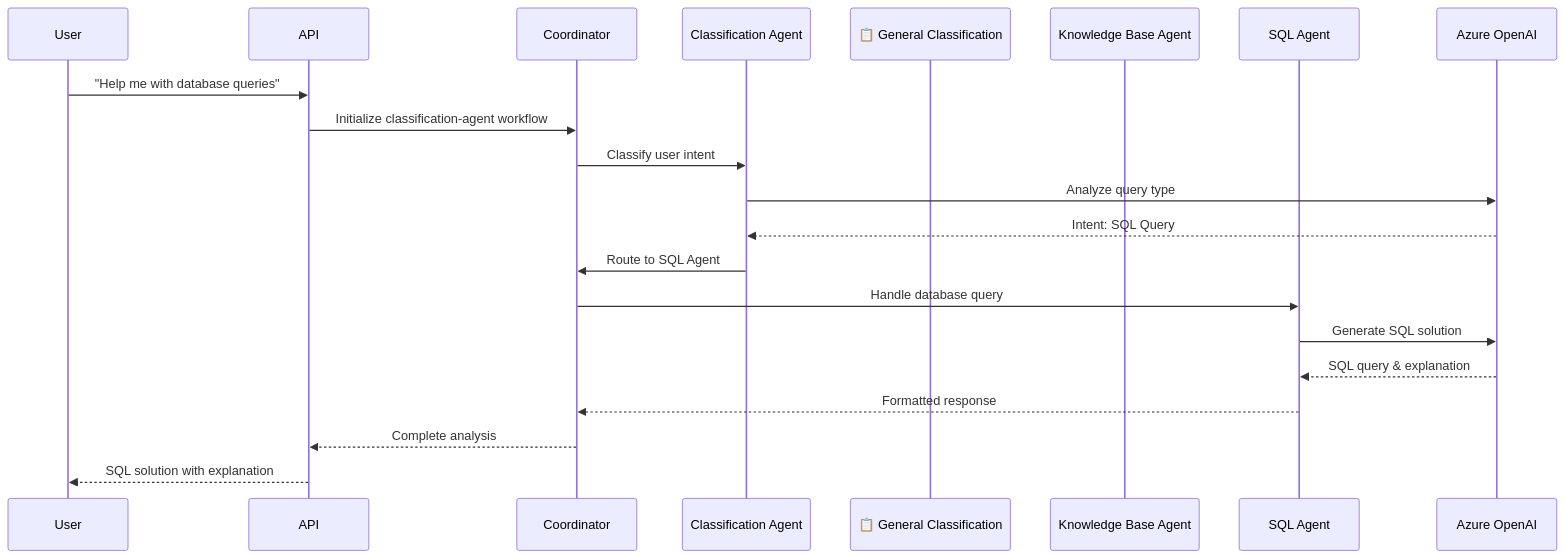
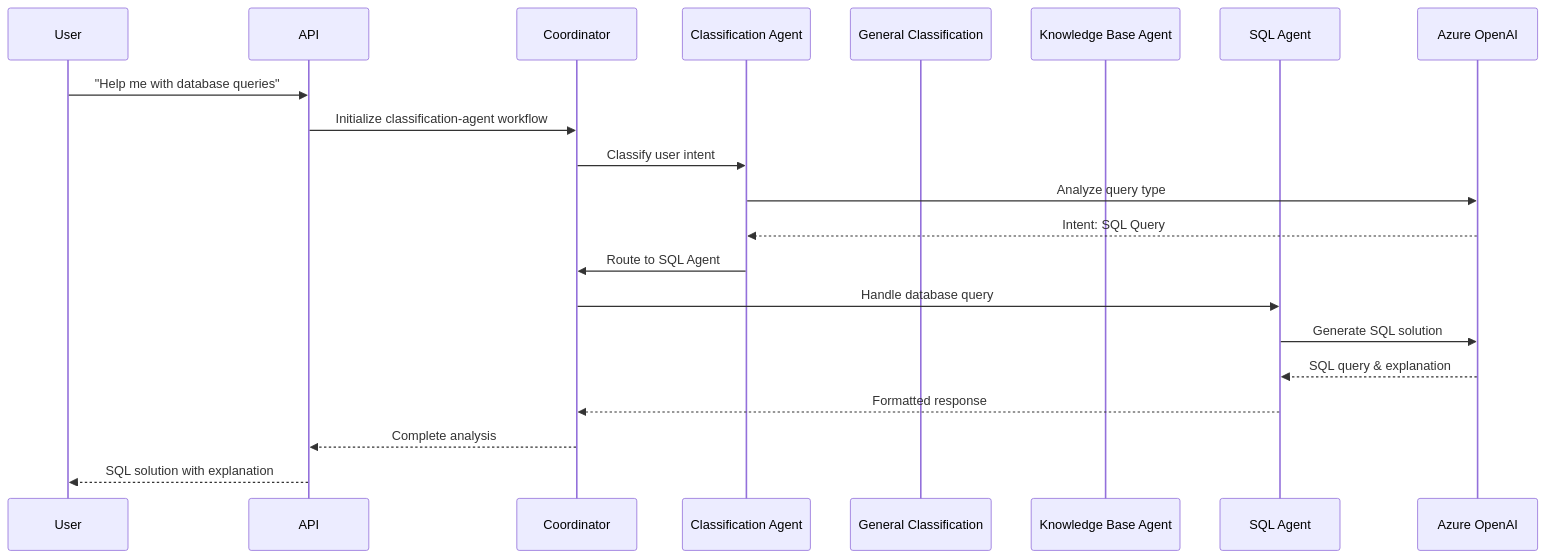
Before and after one commit to the-ingenious-dark-knight/Insight_Ingenious: the second of 10 diagrams in docs/workflows/README.md, drawn with Mermaid. The commit also changed other lines of this file and 17 other files, not shown here.

````diff
--- a/docs/workflows/README.md
+++ b/docs/workflows/README.md
@@ -98,27 +98,27 @@
 ```mermaid
 sequenceDiagram
     participant User
     participant API
     participant Coordinator
-    participant ClassificationAgent as  Classification Agent
-    participant GeneralAgent as 📋 General Classification
-    participant KnowledgeAgent as  Knowledge Base Agent
-    participant SQLAgent as  SQL Agent
-    participant AzureOpenAI as  Azure OpenAI
+    participant ClassificationAgent as Classification Agent
+    participant GeneralAgent as General Classification
+    participant KnowledgeAgent as Knowledge Base Agent
+    participant SQLAgent as SQL Agent
+    participant AzureOpenAI as Azure OpenAI
 
     User->>API: "Help me with database queries"
     API->>Coordinator: Initialize classification-agent workflow
 
     Coordinator->>ClassificationAgent: Classify user intent
     ClassificationAgent->>AzureOpenAI: Analyze query type
     AzureOpenAI-->>ClassificationAgent: Intent: SQL Query
 
     ClassificationAgent->>Coordinator: Route to SQL Agent
     Coordinator->>SQLAgent: Handle database query
     SQLAgent->>AzureOpenAI: Generate SQL solution
     AzureOpenAI-->>SQLAgent: SQL query & explanation
 
     SQLAgent-->>Coordinator: Formatted response
     Coordinator-->>API: Complete analysis
     API-->>User: SQL solution with explanation
 ```
````
